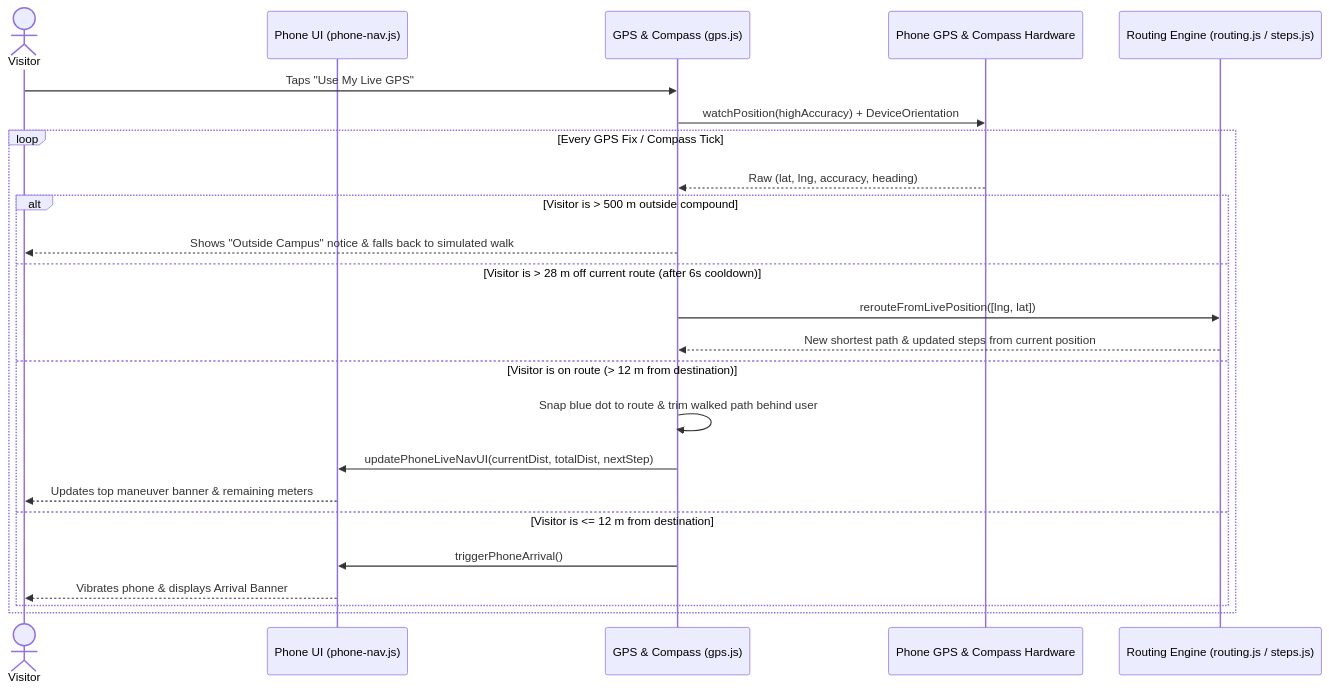
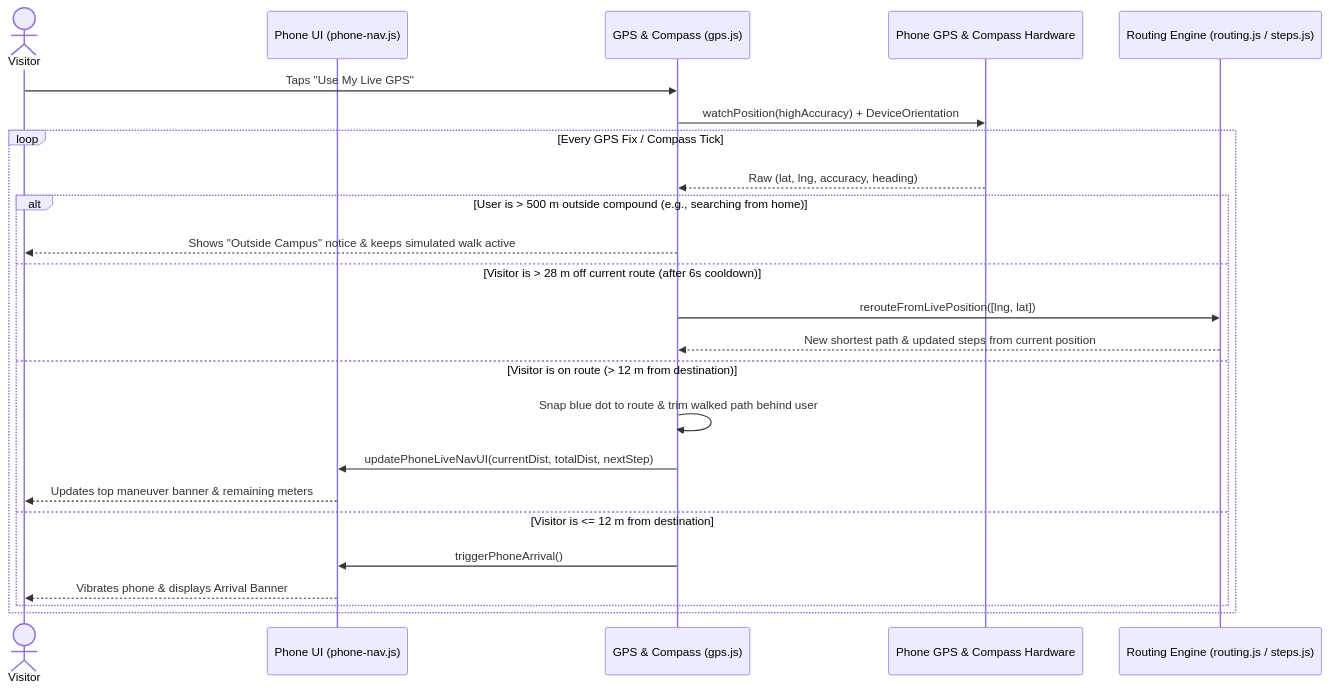
Before and after one commit to EarthJeune/map: the fifth of 7 diagrams in docs/00-system-overview.md, drawn with Mermaid. The commit also changed other lines of this file and 182 other files, not shown here.

````diff
--- a/docs/00-system-overview.md
+++ b/docs/00-system-overview.md
@@ -241,27 +252,27 @@
 ```mermaid
 sequenceDiagram
     actor Visitor
     participant PhoneUI as Phone UI (phone-nav.js)
     participant GPS as GPS & Compass (gps.js)
     participant Sensors as Phone GPS & Compass Hardware
     participant Router as Routing Engine (routing.js / steps.js)
 
     Visitor->>GPS: Taps "Use My Live GPS"
     GPS->>Sensors: watchPosition(highAccuracy) + DeviceOrientation
     loop Every GPS Fix / Compass Tick
         Sensors-->>GPS: Raw (lat, lng, accuracy, heading)
-        alt Visitor is > 500 m outside compound
-            GPS-->>Visitor: Shows "Outside Campus" notice & falls back to simulated walk
+        alt User is > 500 m outside compound (e.g., searching from home)
+            GPS-->>Visitor: Shows "Outside Campus" notice & keeps simulated walk active
         else Visitor is > 28 m off current route (after 6s cooldown)
             GPS->>Router: rerouteFromLivePosition([lng, lat])
             Router-->>GPS: New shortest path & updated steps from current position
         else Visitor is on route (> 12 m from destination)
             GPS->>GPS: Snap blue dot to route & trim walked path behind user
             GPS->>PhoneUI: updatePhoneLiveNavUI(currentDist, totalDist, nextStep)
             PhoneUI-->>Visitor: Updates top maneuver banner & remaining meters
         else Visitor is <= 12 m from destination
             GPS->>PhoneUI: triggerPhoneArrival()
             PhoneUI-->>Visitor: Vibrates phone & displays Arrival Banner
         end
     end
 ```
````
